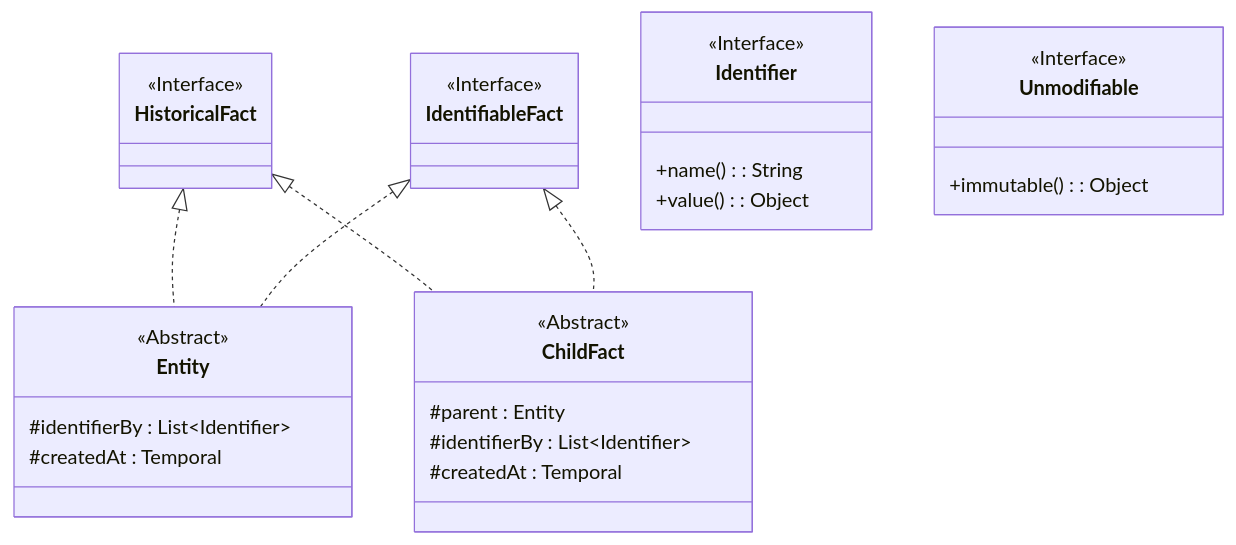
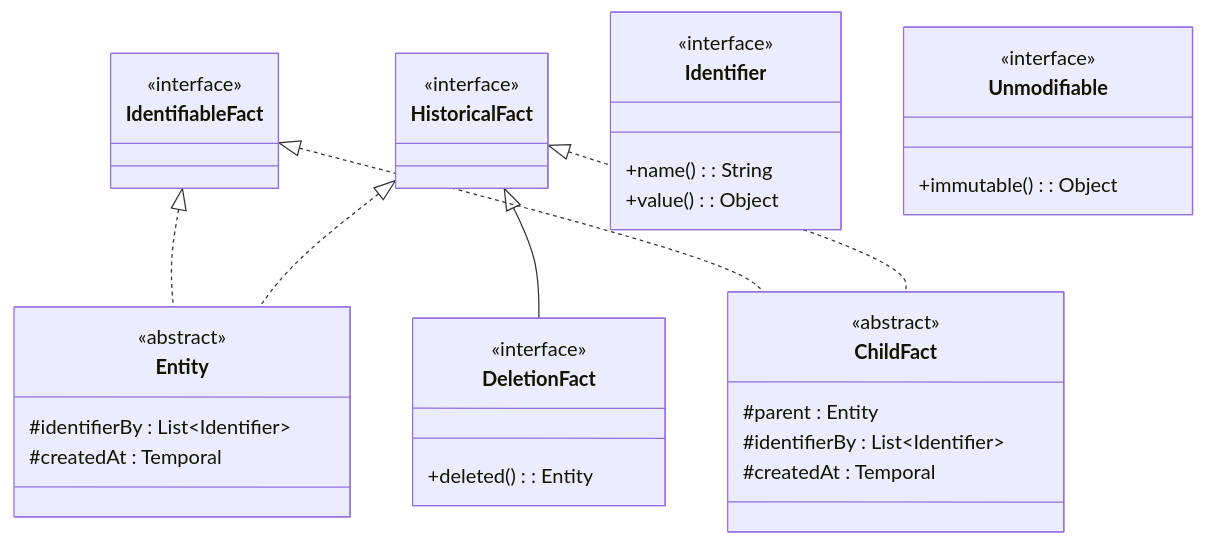
The diagram in implementations-line/framework/immutable/README.md (cybnity/foundation), drawn with Mermaid before and after one commit.

````diff
--- a/implementations-line/framework/immutable/README.md
+++ b/implementations-line/framework/immutable/README.md
@@ -27,33 +27,38 @@
 ```mermaid
 classDiagram
     HistoricalFact <|.. Entity
     IdentifiableFact <|.. Entity
     HistoricalFact <|.. ChildFact
     IdentifiableFact <|.. ChildFact
+    HistoricalFact <|-- DeletionFact
     class Identifier {
-        <<Interface>>
+        <<interface>>
         +name() : String
         +value() : Object
     }
     class Unmodifiable {
-        <<Interface>>
+        <<interface>>
         +immutable() : Object
     }
     class HistoricalFact {
-        <<Interface>>
+        <<interface>>
     }
     class IdentifiableFact {
-        <<Interface>>
+        <<interface>>
     }
     class Entity {
-        <<Abstract>>
+        <<abstract>>
         #identifierBy : List~Identifier~
         #createdAt : Temporal
     }
     class ChildFact {
-        <<Abstract>>
+        <<abstract>>
         #parent : Entity
         #identifierBy : List~Identifier~
         #createdAt : Temporal
     }
+    class DeletionFact {
+        <<interface>>
+        +deleted() : Entity
+    }
 ```
````
